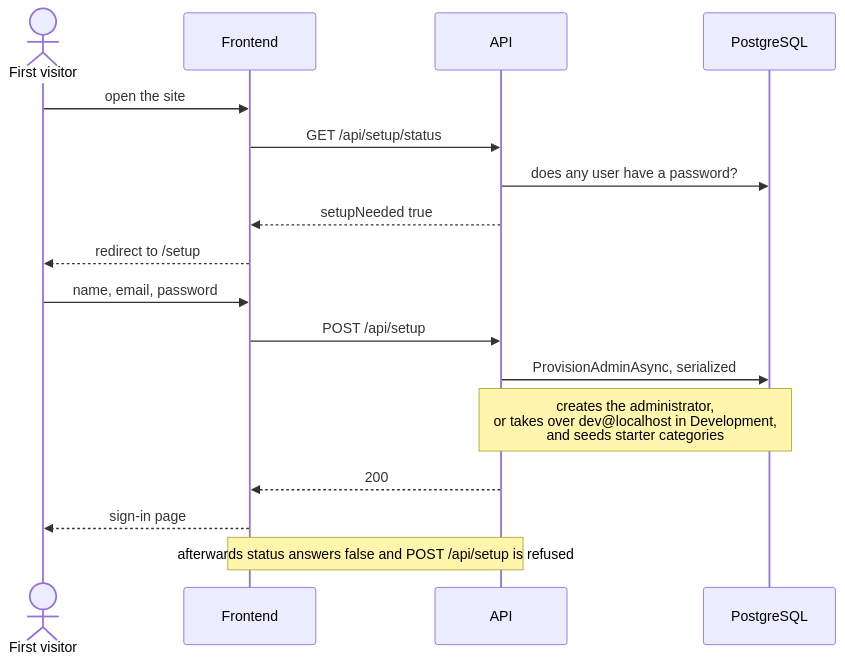
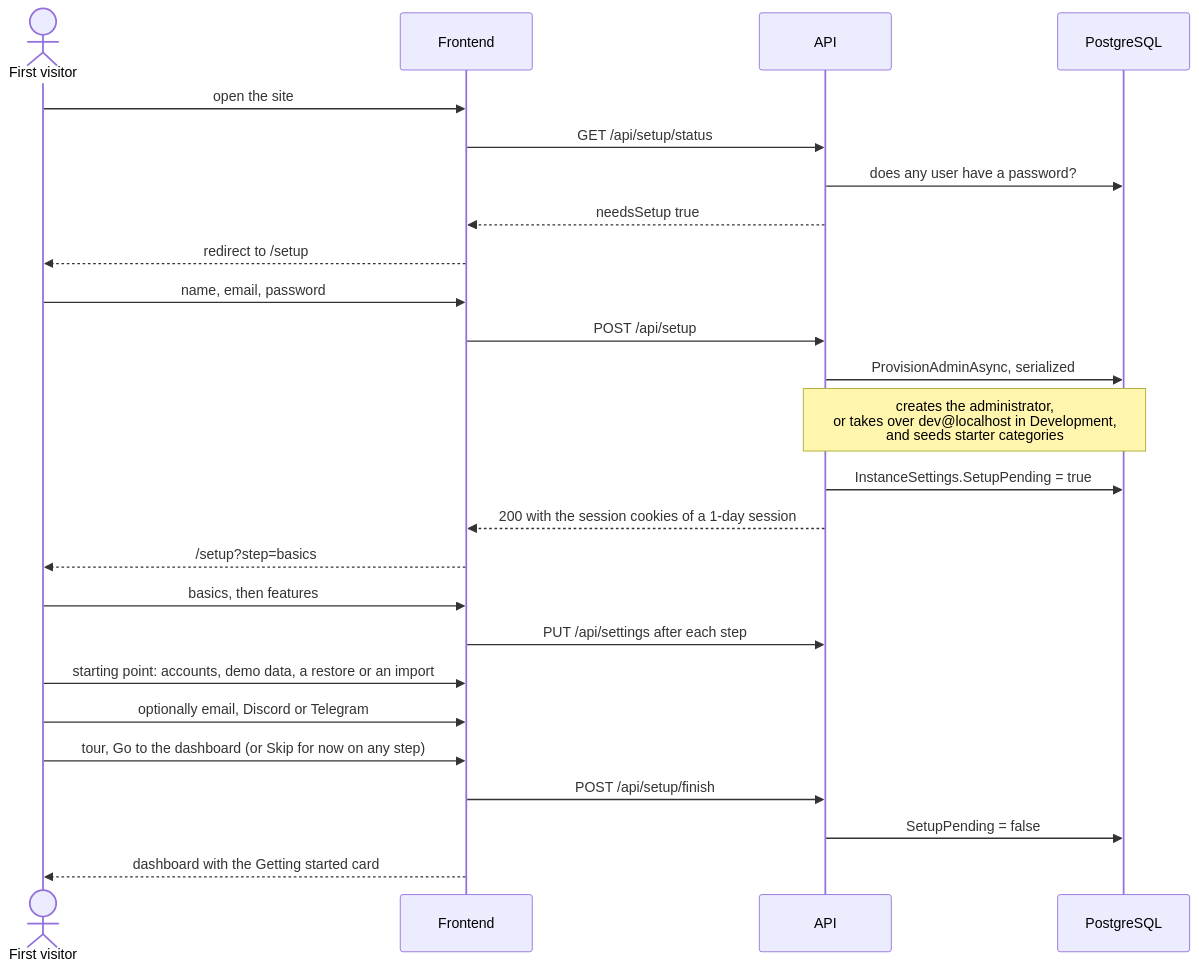
Before and after one commit to Justxs/Jx-Finance: the diagram in docs/features/first-run-setup.md, drawn with Mermaid. The commit also changed other lines of this file and 110 other files, not shown here.

First line of the commit message:
feat(setup): guide the first run with presets, demo data and a getting started card

````diff
--- a/docs/features/first-run-setup.md
+++ b/docs/features/first-run-setup.md
@@ -7,19 +7,27 @@
 ```mermaid
 sequenceDiagram
     actor Person as First visitor
     participant App as Frontend
     participant Api as API
     participant Db as PostgreSQL
     Person->>App: open the site
     App->>Api: GET /api/setup/status
     Api->>Db: does any user have a password?
-    Api-->>App: setupNeeded true
+    Api-->>App: needsSetup true
     App-->>Person: redirect to /setup
     Person->>App: name, email, password
     App->>Api: POST /api/setup
     Api->>Db: ProvisionAdminAsync, serialized
     Note over Api,Db: creates the administrator,<br/>or takes over dev@localhost in Development,<br/>and seeds starter categories
-    Api-->>App: 200
-    App-->>Person: sign-in page
-    Note over App,Api: afterwards status answers false and POST /api/setup is refused
+    Api->>Db: InstanceSettings.SetupPending = true
+    Api-->>App: 200 with the session cookies of a 1-day session
+    App-->>Person: /setup?step=basics
+    Person->>App: basics, then features
+    App->>Api: PUT /api/settings after each step
+    Person->>App: starting point: accounts, demo data, a restore or an import
+    Person->>App: optionally email, Discord or Telegram
+    Person->>App: tour, Go to the dashboard (or Skip for now on any step)
+    App->>Api: POST /api/setup/finish
+    Api->>Db: SetupPending = false
+    App-->>Person: dashboard with the Getting started card
 ```
````
